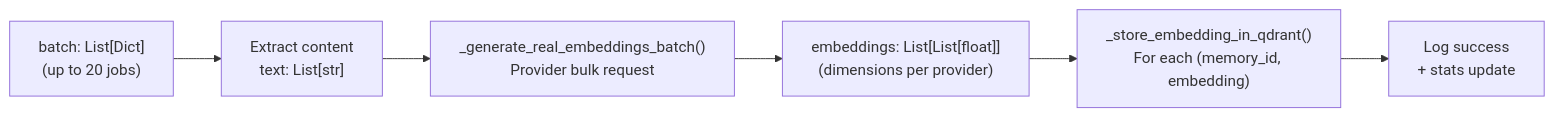
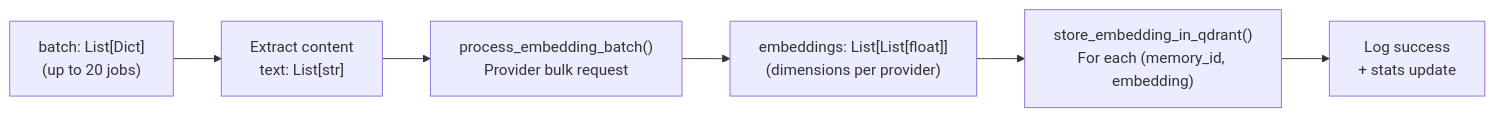
Before and after one commit to verygoodplugins/automem-website: the second of 2 diagrams in src/content/docs/docs/architecture/embeddings.md, drawn with Mermaid. The commit also changed other lines of this file, not shown here.

Commit message:
docs: fix drift in Embedding Generation page
Corrected three function names that had wrong or non-existent names:
- _generate_real_embeddings_batch() → process_embedding_batch() (Mermaid + prose)
- _store_embedding_in_qdrant() → store_embedding_in_qdrant() (Mermaid + prose)

Verified against: verygoodplugins/automem@1b812cf883cbc95632d5f9f1ed180d1865c0638a

https://claude.ai/code/session_01YMjxQQnSEEKSptRKjUSayx

````diff
--- a/src/content/docs/docs/architecture/embeddings.md
+++ b/src/content/docs/docs/architecture/embeddings.md
@@ -254,15 +254,15 @@
 ```mermaid
 graph LR
     Batch["batch: List[Dict]<br/>(up to 20 jobs)"]
     Extract["Extract content<br/>text: List[str]"]
-    Generate["_generate_real_embeddings_batch()<br/>Provider bulk request"]
+    Generate["process_embedding_batch()<br/>Provider bulk request"]
     Embeddings["embeddings: List[List[float]]<br/>(dimensions per provider)"]
-    Store["_store_embedding_in_qdrant()<br/>For each (memory_id, embedding)"]
+    Store["store_embedding_in_qdrant()<br/>For each (memory_id, embedding)"]
     Success["Log success<br/>+ stats update"]
 
     Batch --> Extract
     Extract --> Generate
     Generate --> Embeddings
     Embeddings --> Store
     Store --> Success
 ```
````
